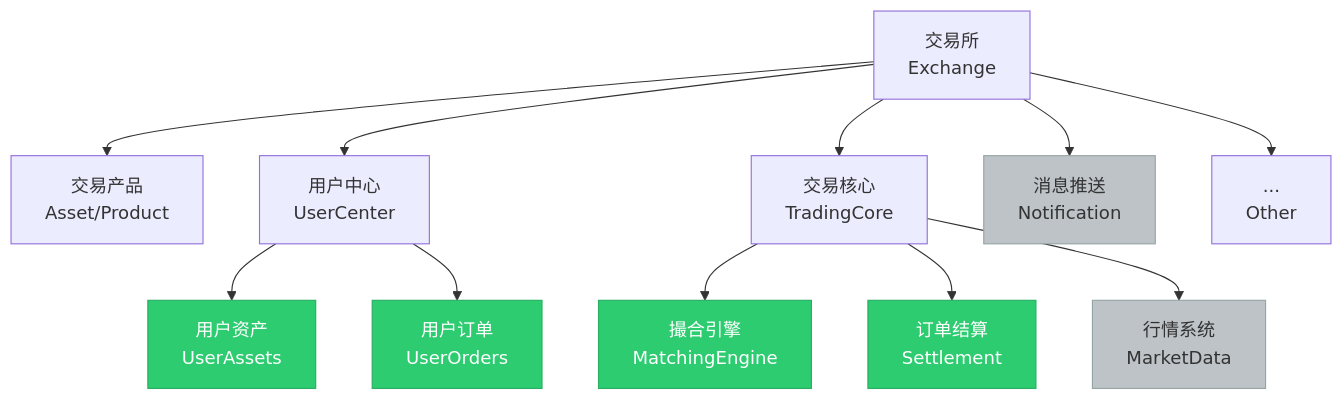
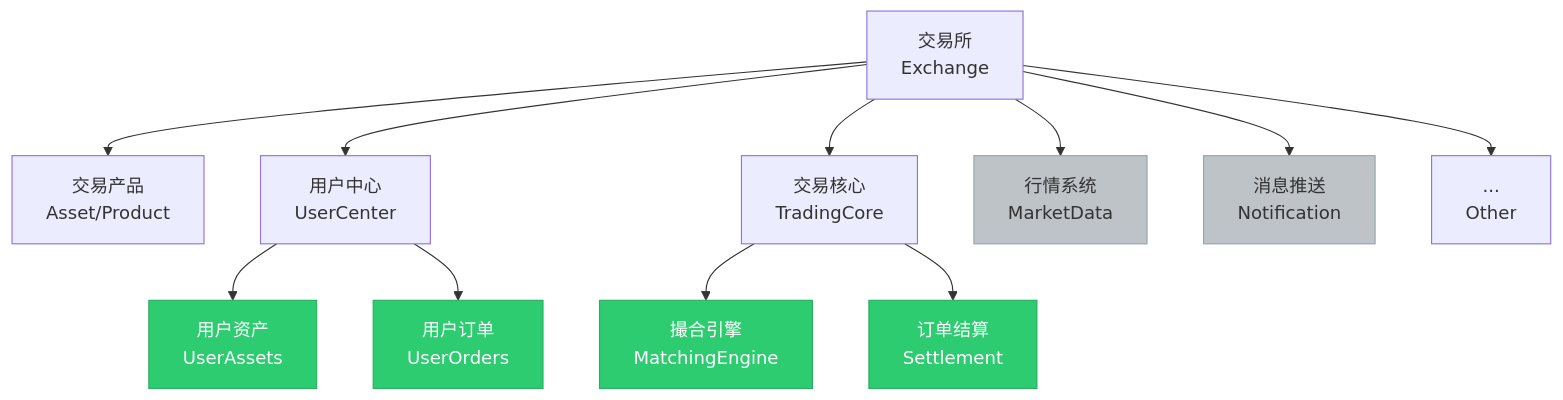
One commit to yzimhao/trading_engine changed the diagram in readme.md. Above: the diagram before and after it, drawn with Mermaid.

````diff
--- a/readme.md
+++ b/readme.md
@@ -17,26 +17,27 @@
 ```mermaid
 graph TD
     classDef done fill:#2ecc71,stroke:#27ae60,color:#fff  
     classDef pending fill:#bdc3c7,stroke:#95a5a6,color:#333
 
     A[交易所<br>Exchange]
 
     A --> aa[交易产品<br>Asset/Product]
 
     A --> AA[用户中心<br>UserCenter]
     AA --> AAa[用户资产<br>UserAssets]
     class AAa done
     AA--> AAb[用户订单<br>UserOrders]
     class AAb done
     A --> AC[交易核心<br>TradingCore]
+    A --> AC3[行情系统<br>MarketData]
+    class AC3 pending
     A --> AD[消息推送<br>Notification]
     class AD pending
     A --> AZ[...<br>Other]
 
     AC --> AC1[撮合引擎<br>MatchingEngine]
     class AC1 done
     AC --> AC2[订单结算<br>Settlement]
     class AC2 done
-    AC --> AC3[行情系统<br>MarketData]
-    class AC3 pending
+    
 ```
````
